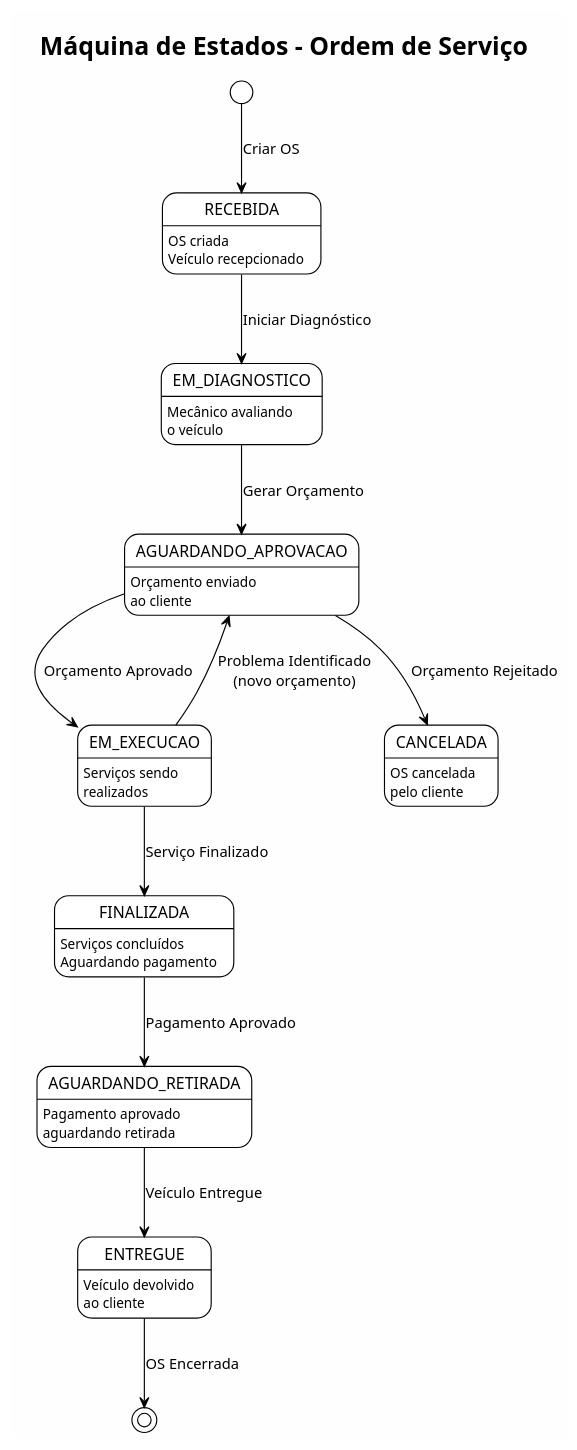
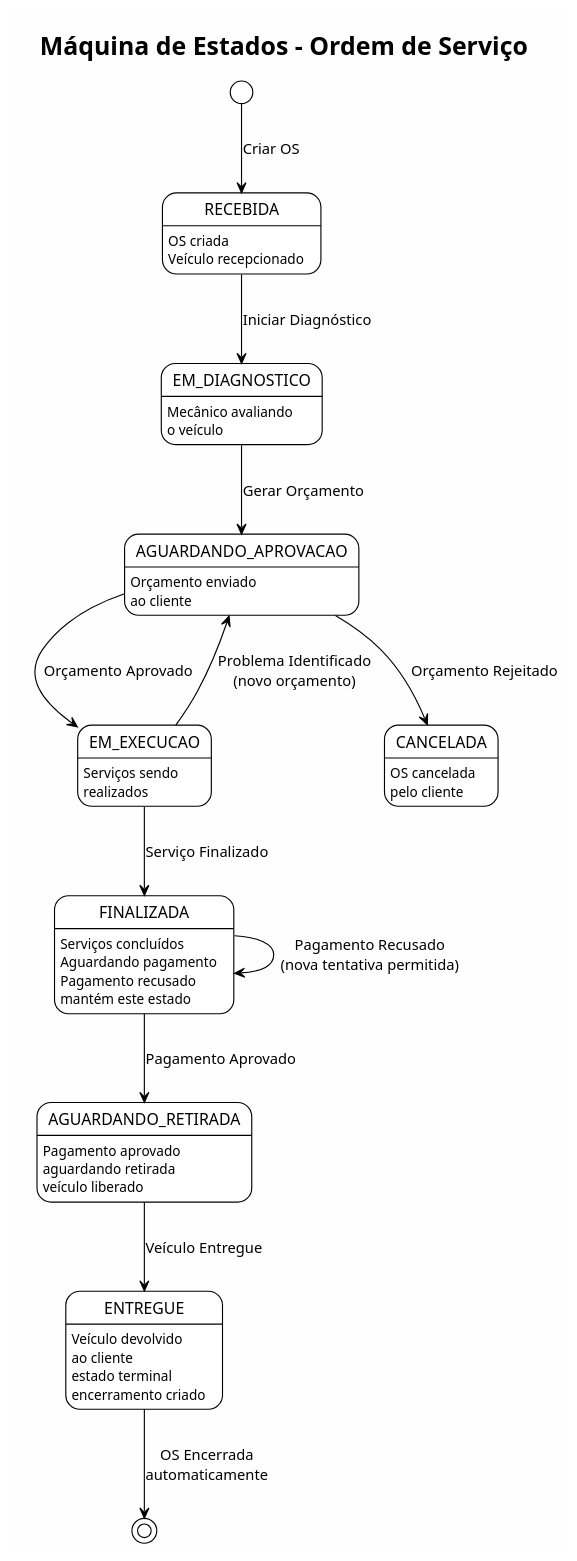
The first of 3 diagrams in docs/diagramas/state-machine-diagram-service-order.puml (techdgconsulting/mvp-posfiap-oficina-mecanica), drawn with PlantUML before and after one commit. The commit also changed other lines of this file and 606 other files, not shown here.

```diff
--- a/docs/diagramas/state-machine-diagram-service-order.puml
+++ b/docs/diagramas/state-machine-diagram-service-order.puml
@@ -1,49 +1,55 @@
 @startuml StatusOS
 !theme plain
 skinparam backgroundColor #FEFEFE
 
 title Máquina de Estados - Ordem de Serviço
 
 [*] --> RECEBIDA : Criar OS
 
 RECEBIDA --> EM_DIAGNOSTICO : Iniciar Diagnóstico
 
 EM_DIAGNOSTICO --> AGUARDANDO_APROVACAO : Gerar Orçamento
 
 AGUARDANDO_APROVACAO --> EM_EXECUCAO : Orçamento Aprovado
 AGUARDANDO_APROVACAO --> CANCELADA : Orçamento Rejeitado
 
 EM_EXECUCAO --> AGUARDANDO_APROVACAO : Problema Identificado\n(novo orçamento)
 EM_EXECUCAO --> FINALIZADA : Serviço Finalizado
 
 FINALIZADA --> AGUARDANDO_RETIRADA : Pagamento Aprovado
+FINALIZADA --> FINALIZADA : Pagamento Recusado\n(nova tentativa permitida)
 
 AGUARDANDO_RETIRADA --> ENTREGUE : Veículo Entregue
 
-ENTREGUE --> [*] : OS Encerrada
+ENTREGUE --> [*] : OS Encerrada\nautomaticamente
 
 RECEBIDA : OS criada
 RECEBIDA : Veículo recepcionado
 
 EM_DIAGNOSTICO : Mecânico avaliando
 EM_DIAGNOSTICO : o veículo
 
 AGUARDANDO_APROVACAO : Orçamento enviado
 AGUARDANDO_APROVACAO : ao cliente
 
 EM_EXECUCAO : Serviços sendo
 EM_EXECUCAO : realizados
 
 FINALIZADA : Serviços concluídos
 FINALIZADA : Aguardando pagamento
+FINALIZADA : Pagamento recusado
+FINALIZADA : mantém este estado
 
 AGUARDANDO_RETIRADA : Pagamento aprovado
 AGUARDANDO_RETIRADA : aguardando retirada
+AGUARDANDO_RETIRADA : veículo liberado
 
 ENTREGUE : Veículo devolvido
 ENTREGUE : ao cliente
+ENTREGUE : estado terminal
+ENTREGUE : encerramento criado
 
 CANCELADA : OS cancelada
 CANCELADA : pelo cliente
 
 @enduml
```
